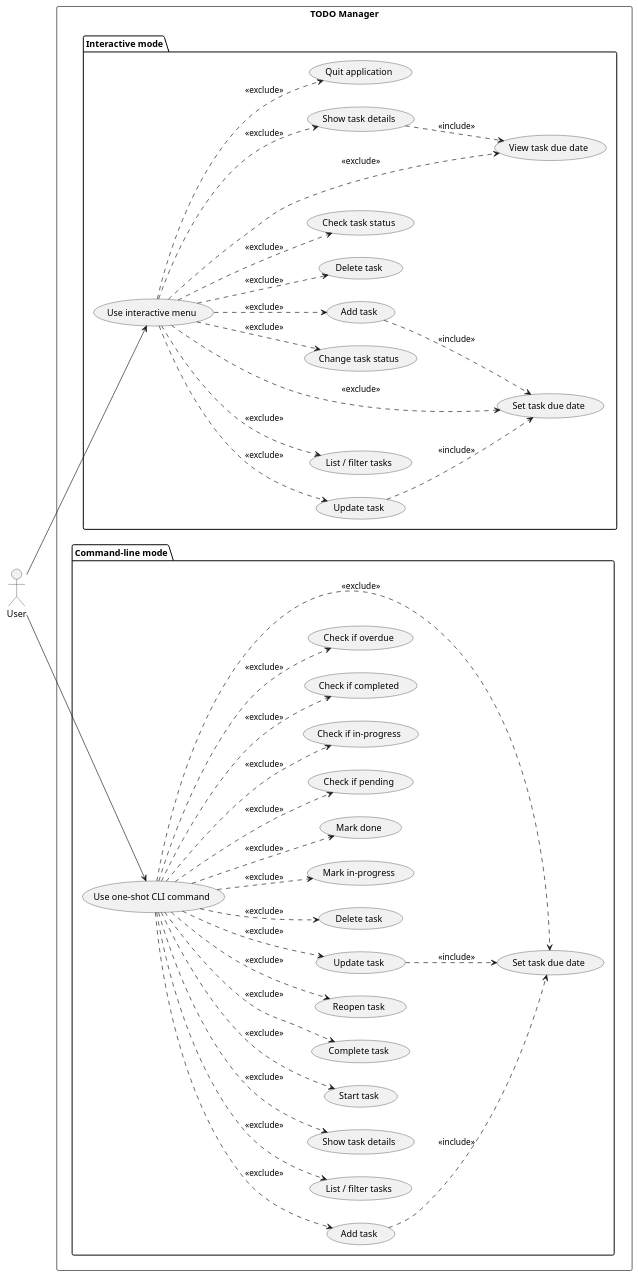
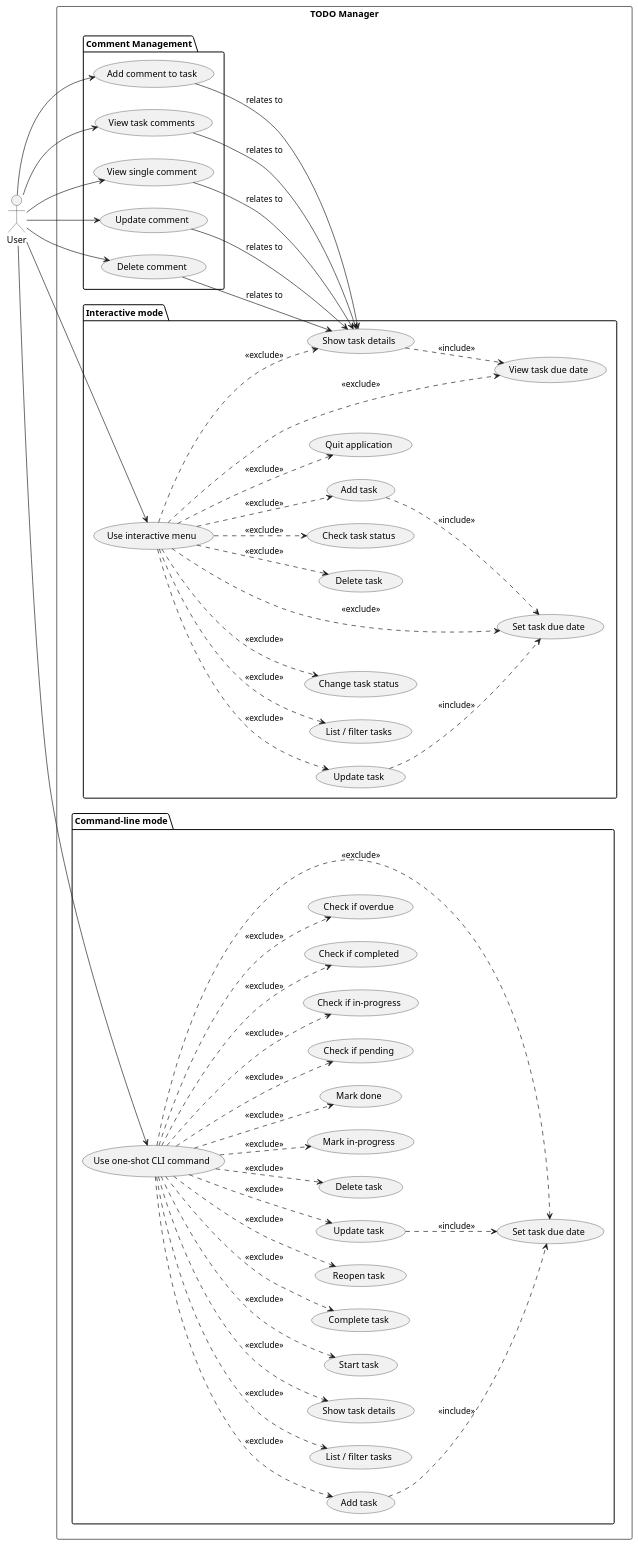
The diagram in experiments/supervisor_as_tools/user_stories/TODO/artifacts/use_case_diagram.puml (DanielRiha8906/Software_autoevolution_using_agents), drawn with PlantUML before and after one commit. The commit also changed 15 other files, not shown here.

First line of the commit message:
task 03 | implement task comments

```diff
--- a/experiments/supervisor_as_tools/user_stories/TODO/artifacts/use_case_diagram.puml
+++ b/experiments/supervisor_as_tools/user_stories/TODO/artifacts/use_case_diagram.puml
@@ -1,80 +1,99 @@
 @startuml use_case_diagram
 
 left to right direction
 
 actor User
 
 rectangle "TODO Manager" {
+
+  package "Comment Management" {
+    usecase "Add comment to task" as ADD_COMMENT
+    usecase "View task comments" as VIEW_COMMENTS
+    usecase "View single comment" as VIEW_COMMENT
+    usecase "Update comment" as UPDATE_COMMENT
+    usecase "Delete comment" as DELETE_COMMENT
+  }
 
   package "Interactive mode" {
     usecase "Use interactive menu" as UI
     usecase "Add task" as I_ADD
     usecase "List / filter tasks" as I_LIST
     usecase "Show task details" as I_SHOW
     usecase "Change task status" as I_STATUS
     usecase "Update task" as I_UPDATE
     usecase "Delete task" as I_DELETE
     usecase "Check task status" as I_CHECK
     usecase "Set task due date" as I_DUEDATE
     usecase "View task due date" as I_VIEWDUE
     usecase "Quit application" as I_QUIT
   }
 
   package "Command-line mode" {
     usecase "Use one-shot CLI command" as CLI
     usecase "Add task" as C_ADD
     usecase "List / filter tasks" as C_LIST
     usecase "Show task details" as C_SHOW
     usecase "Start task" as C_START
     usecase "Complete task" as C_DONE
     usecase "Reopen task" as C_REOPEN
     usecase "Update task" as C_UPDATE
     usecase "Delete task" as C_DELETE
     usecase "Mark in-progress" as C_MARK_IN_PROG
     usecase "Mark done" as C_MARK_DONE
     usecase "Check if pending" as C_IS_PENDING
     usecase "Check if in-progress" as C_IS_IN_PROG
     usecase "Check if completed" as C_IS_COMPLETED
     usecase "Check if overdue" as C_IS_OVERDUE
     usecase "Set task due date" as C_DUEDATE
   }
 }
 
 User --> UI
 User --> CLI
+User --> ADD_COMMENT
+User --> VIEW_COMMENTS
+User --> VIEW_COMMENT
+User --> UPDATE_COMMENT
+User --> DELETE_COMMENT
+
+ADD_COMMENT --> I_SHOW : relates to
+VIEW_COMMENTS --> I_SHOW : relates to
+VIEW_COMMENT --> I_SHOW : relates to
+UPDATE_COMMENT --> I_SHOW : relates to
+DELETE_COMMENT --> I_SHOW : relates to
 
 UI ..> I_ADD    : <<exclude>>
 UI ..> I_LIST   : <<exclude>>
 UI ..> I_SHOW   : <<exclude>>
 UI ..> I_STATUS : <<exclude>>
 UI ..> I_UPDATE : <<exclude>>
 UI ..> I_DELETE : <<exclude>>
 UI ..> I_CHECK  : <<exclude>>
 UI ..> I_DUEDATE : <<exclude>>
 UI ..> I_VIEWDUE : <<exclude>>
 UI ..> I_QUIT   : <<exclude>>
 
 I_ADD ..> I_DUEDATE : <<include>>
 I_UPDATE ..> I_DUEDATE : <<include>>
 I_SHOW ..> I_VIEWDUE : <<include>>
 
 CLI ..> C_ADD    : <<exclude>>
 CLI ..> C_LIST   : <<exclude>>
 CLI ..> C_SHOW   : <<exclude>>
 CLI ..> C_START  : <<exclude>>
 CLI ..> C_DONE   : <<exclude>>
 CLI ..> C_REOPEN : <<exclude>>
 CLI ..> C_UPDATE : <<exclude>>
 CLI ..> C_DELETE : <<exclude>>
 CLI ..> C_MARK_IN_PROG : <<exclude>>
 CLI ..> C_MARK_DONE : <<exclude>>
 CLI ..> C_IS_PENDING : <<exclude>>
 CLI ..> C_IS_IN_PROG : <<exclude>>
 CLI ..> C_IS_COMPLETED : <<exclude>>
 CLI ..> C_IS_OVERDUE : <<exclude>>
 CLI ..> C_DUEDATE : <<exclude>>
 
 C_ADD ..> C_DUEDATE : <<include>>
 C_UPDATE ..> C_DUEDATE : <<include>>
 
 @enduml
```
